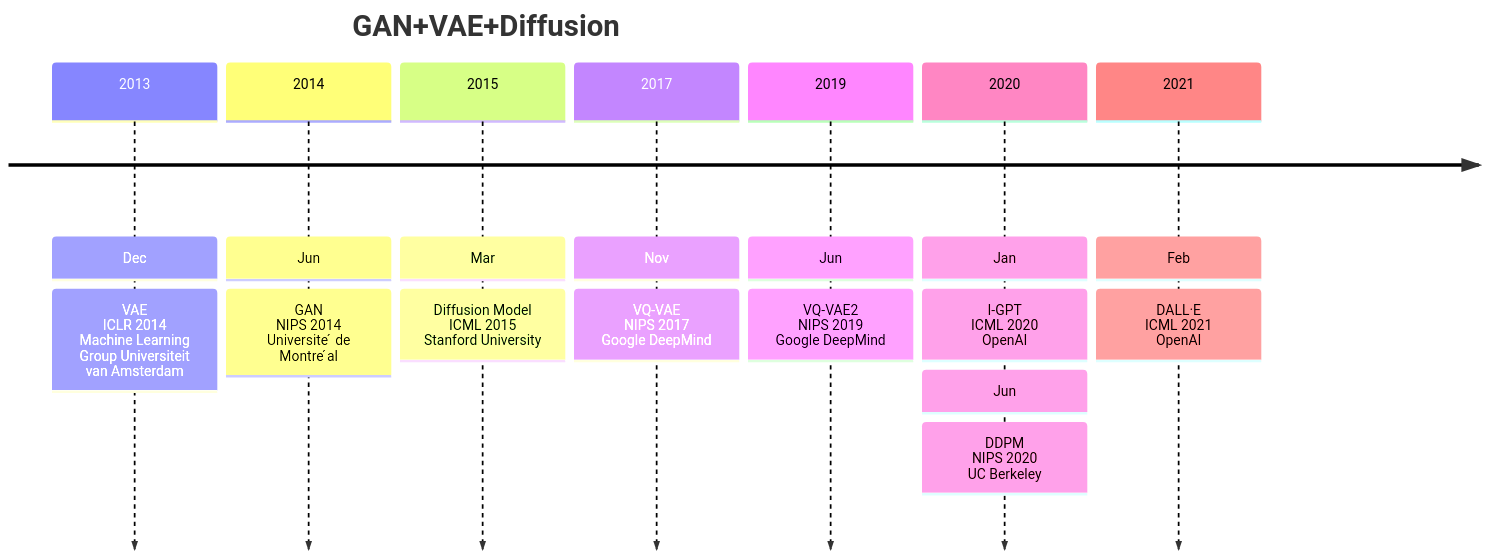
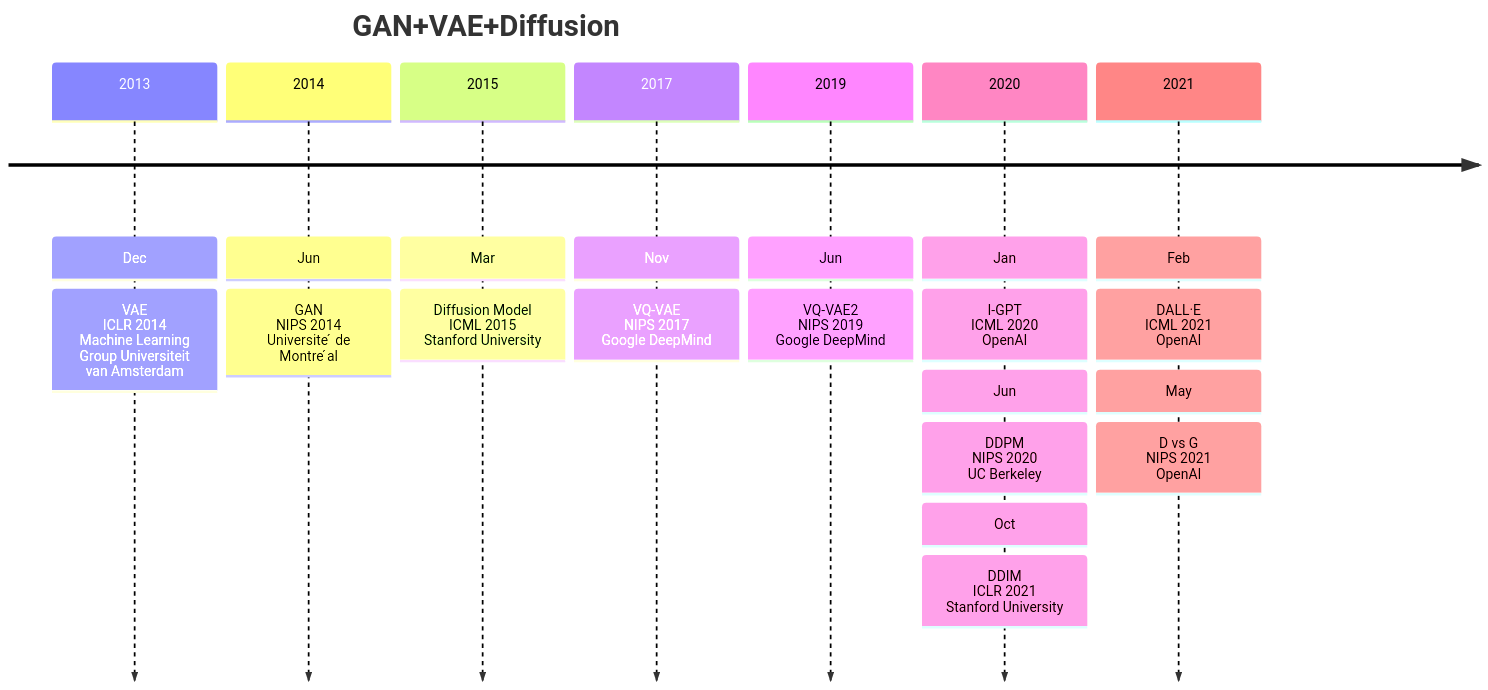
The first of 4 diagrams in Base_Model/GAN+VAE+Diffusion/analyse.md (Elephant-King9/Paper), drawn with Mermaid before and after one commit. The commit also changed other lines of this file and 5 other files, not shown here.

````diff
--- a/Base_Model/GAN+VAE+Diffusion/analyse.md
+++ b/Base_Model/GAN+VAE+Diffusion/analyse.md
@@ -5,21 +5,25 @@
 ```mermaid
 timeline
     title GAN+VAE+Diffusion
     2013 : Dec
     		 : VAE<br>ICLR 2014<br>Machine Learning Group Universiteit van Amsterdam
 
     2014 : Jun
     		 : GAN<br>NIPS 2014<br>Universite ́ de Montre ́al
     2015 : Mar
          : Diffusion Model<br>ICML 2015<br>Stanford University
     2017 : Nov
     		 : VQ-VAE<br>NIPS 2017<br>Google DeepMind
     2019 : Jun
     		 : VQ-VAE2<br>NIPS 2019<br>Google DeepMind
     2020 : Jan
     		 : I-GPT<br>ICML 2020<br>OpenAI
     		 : Jun
     		 : DDPM<br>NIPS 2020<br>UC Berkeley
+    		 : Oct
+    		 : DDIM<br>ICLR 2021<br>Stanford University
     2021 : Feb
     		 : DALL·E<br>ICML 2021<br>OpenAI
+    		 : May
+    		 : D vs G<br>NIPS 2021<br>OpenAI
 ```
````
